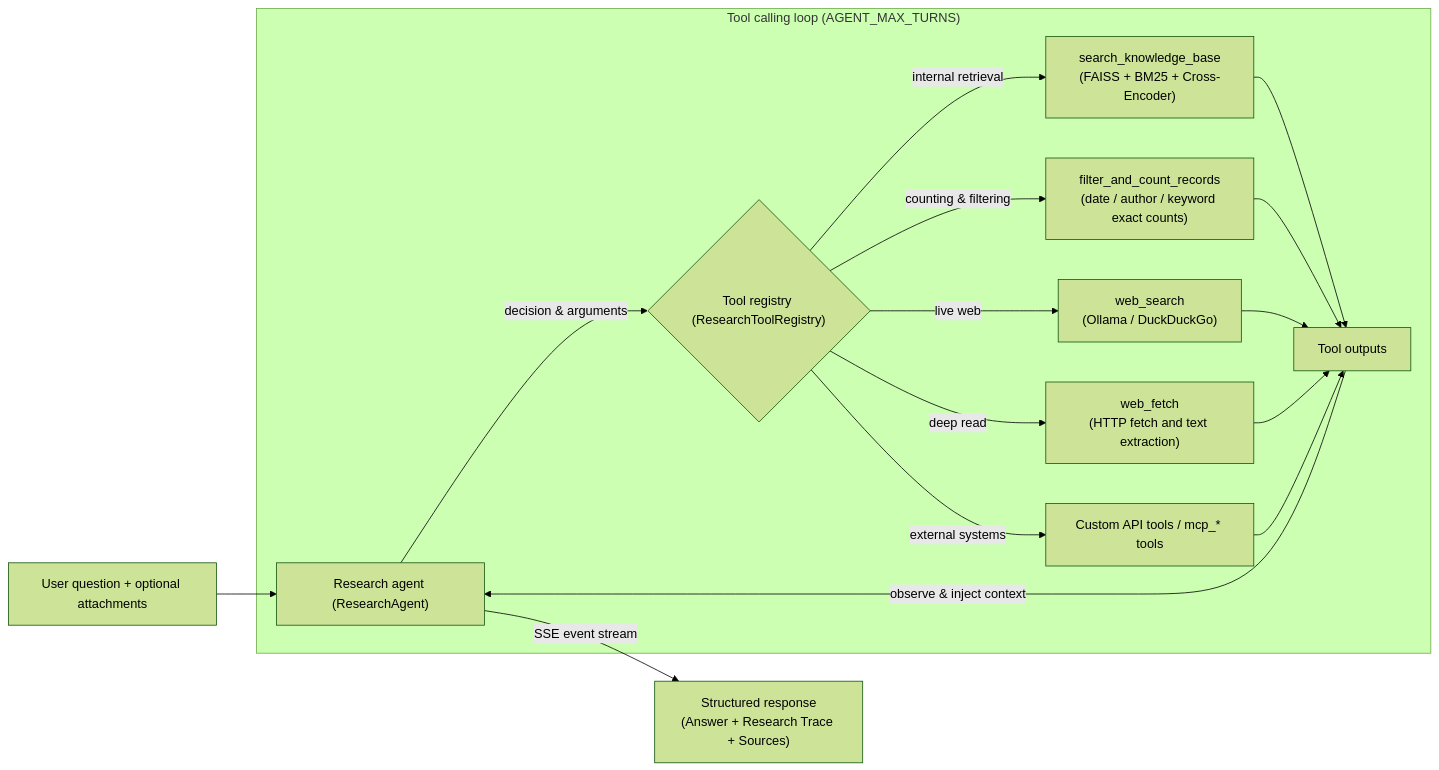
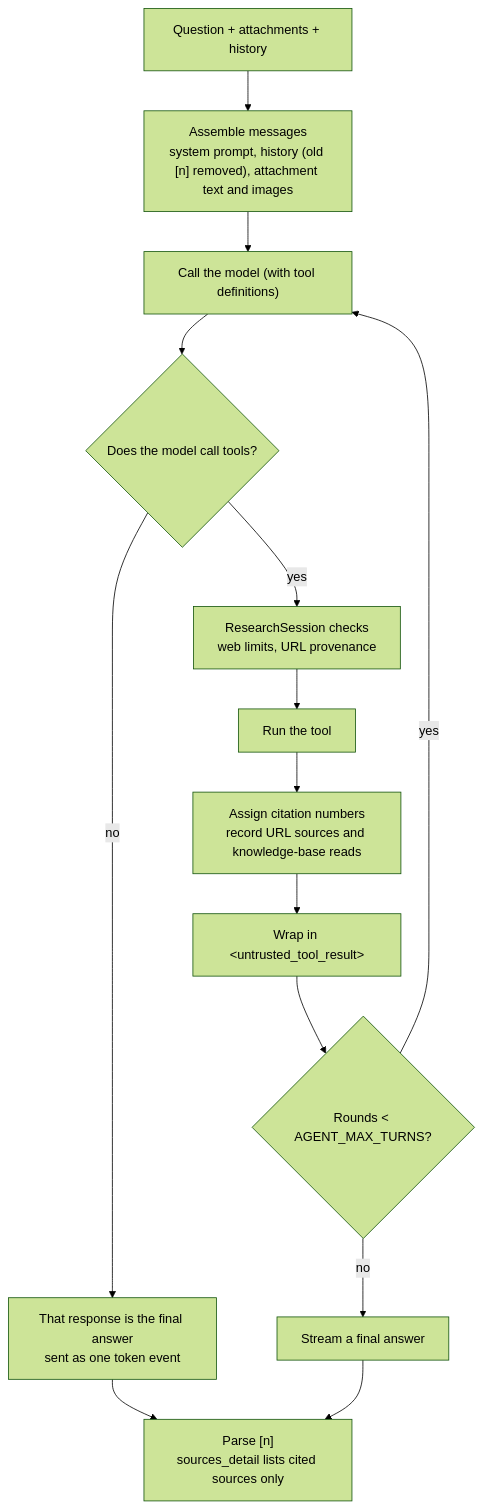
Before and after one commit to Scorpio-meow/AskMiao: the sixth of 9 diagrams in docs/architecture_en.md, drawn with Mermaid (forest theme). The commit also changed other lines of this file and 32 other files, not shown here.

````diff
--- a/docs/architecture_en.md
+++ b/docs/architecture_en.md
@@ -150,22 +334,15 @@
 ```mermaid
-flowchart LR
-    UserQuery["User question + optional attachments"] --> Agent["Research agent (ResearchAgent)"]
-
-    subgraph ToolLoop ["Tool calling loop (AGENT_MAX_TURNS)"]
-        Agent -->|decision & arguments| Tools{"Tool registry (ResearchToolRegistry)"}
-        Tools -->|internal retrieval| LocalRAG["search_knowledge_base<br/>(FAISS + BM25 + Cross-Encoder)"]
-        Tools -->|counting & filtering| Filter["filter_and_count_records<br/>(date / author / keyword exact counts)"]
-        Tools -->|live web| WebSearch["web_search<br/>(Ollama / DuckDuckGo)"]
-        Tools -->|deep read| WebFetch["web_fetch<br/>(HTTP fetch and text extraction)"]
-        Tools -->|external systems| Extern["Custom API tools / mcp_* tools"]
-
-        LocalRAG --> ToolResult["Tool outputs"]
-        Filter --> ToolResult
-        WebSearch --> ToolResult
-        WebFetch --> ToolResult
-        Extern --> ToolResult
-        ToolResult -->|observe & inject context| Agent
-    end
-
-    Agent -->|SSE event stream| FinalAnswer["Structured response<br/>(Answer + Research Trace + Sources)"]
+flowchart TB
+    Q["Question + attachments + history"] --> Build["Assemble messages<br/>system prompt, history (old [n] removed), attachment text and images"]
+    Build --> Call["Call the model (with tool definitions)"]
+    Call --> HasTools{"Does the model call tools?"}
+    HasTools -->|no| Answer["That response is the final answer<br/>sent as one token event"]
+    HasTools -->|yes| Check["ResearchSession checks<br/>web limits, URL provenance"]
+    Check --> Exec["Run the tool"]
+    Exec --> Record["Assign citation numbers<br/>record URL sources and knowledge-base reads"]
+    Record --> Wrap["Wrap in &lt;untrusted_tool_result&gt;"]
+    Wrap --> More{"Rounds < AGENT_MAX_TURNS?"}
+    More -->|yes| Call
+    More -->|no| Stream["Stream a final answer"]
+    Answer & Stream --> Cite["Parse [n]<br/>sources_detail lists cited sources only"]
 ```
````
